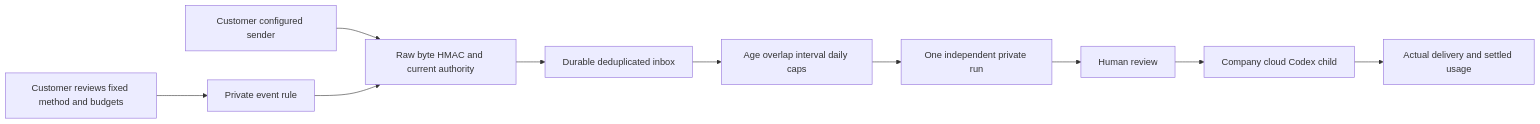
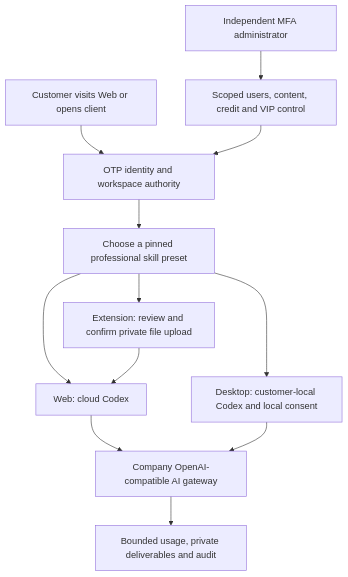
Before and after one commit to copypasteltd/workmate: the diagram in docs/README.en.md, drawn with Mermaid. The commit also changed other lines of this file and 3988 other files, not shown here.

Commit message:
docs: bind dedicated cloud delivery and bounded qualification evidence

````diff
--- a/docs/README.en.md
+++ b/docs/README.en.md
@@ -255,12 +16,14 @@
 ```mermaid
-flowchart LR
-  Customer[Customer reviews fixed method and budgets] --> Trigger[Private event rule]
-  Sender[Customer configured sender] --> Verify[Raw byte HMAC and current authority]
-  Trigger --> Verify
-  Verify --> Inbox[Durable deduplicated inbox]
-  Inbox --> Policy[Age overlap interval daily caps]
-  Policy --> Run[One independent private run]
-  Run --> Review[Human review]
-  Review --> Codex[Company cloud Codex child]
-  Codex --> Receipt[Actual delivery and settled usage]
+flowchart TD
+  Visit[Customer visits Web or opens client] --> Identity[OTP identity and workspace authority]
+  Identity --> Role[Choose a pinned professional skill preset]
+  Role --> Web[Web: cloud Codex]
+  Role --> Extension[Extension: review and confirm private file upload]
+  Extension --> Web
+  Role --> Desktop[Desktop: customer-local Codex and local consent]
+  Web --> Gateway[Company OpenAI-compatible AI gateway]
+  Desktop --> Gateway
+  Gateway --> Result[Bounded usage, private deliverables and audit]
+  Admin[Independent MFA administrator] --> Control[Scoped users, content, credit and VIP control]
+  Control --> Identity
 ```
````
